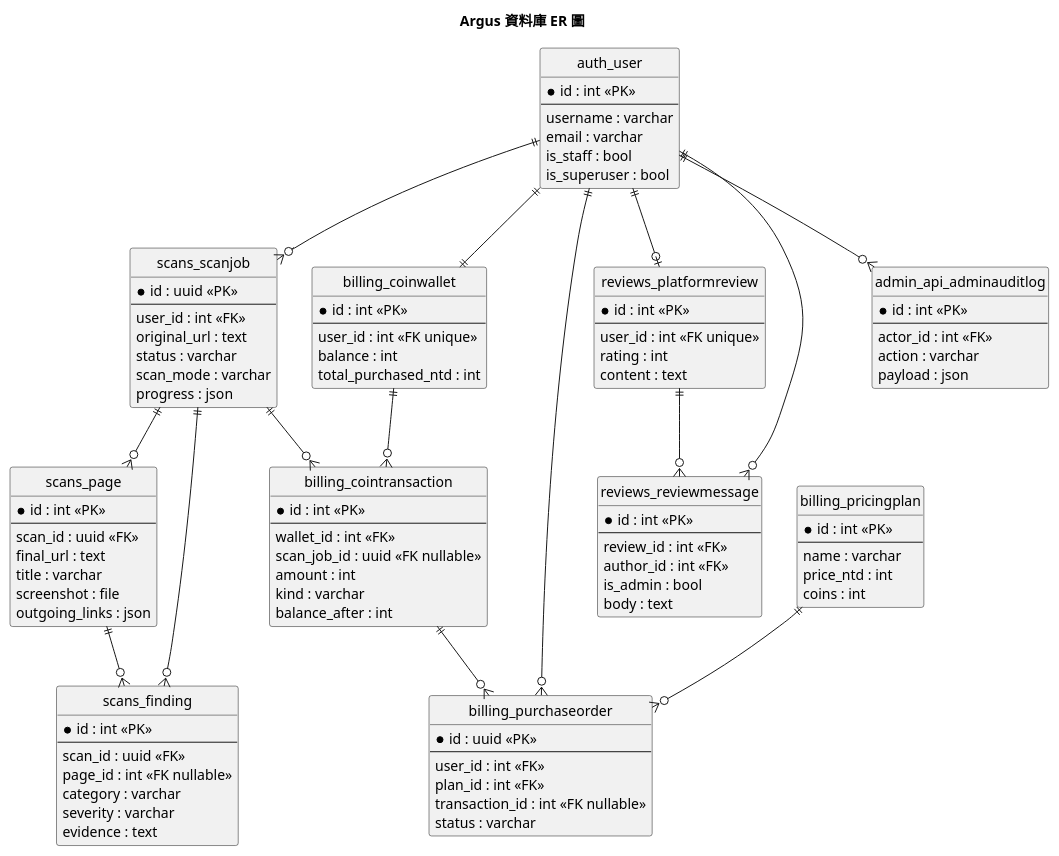
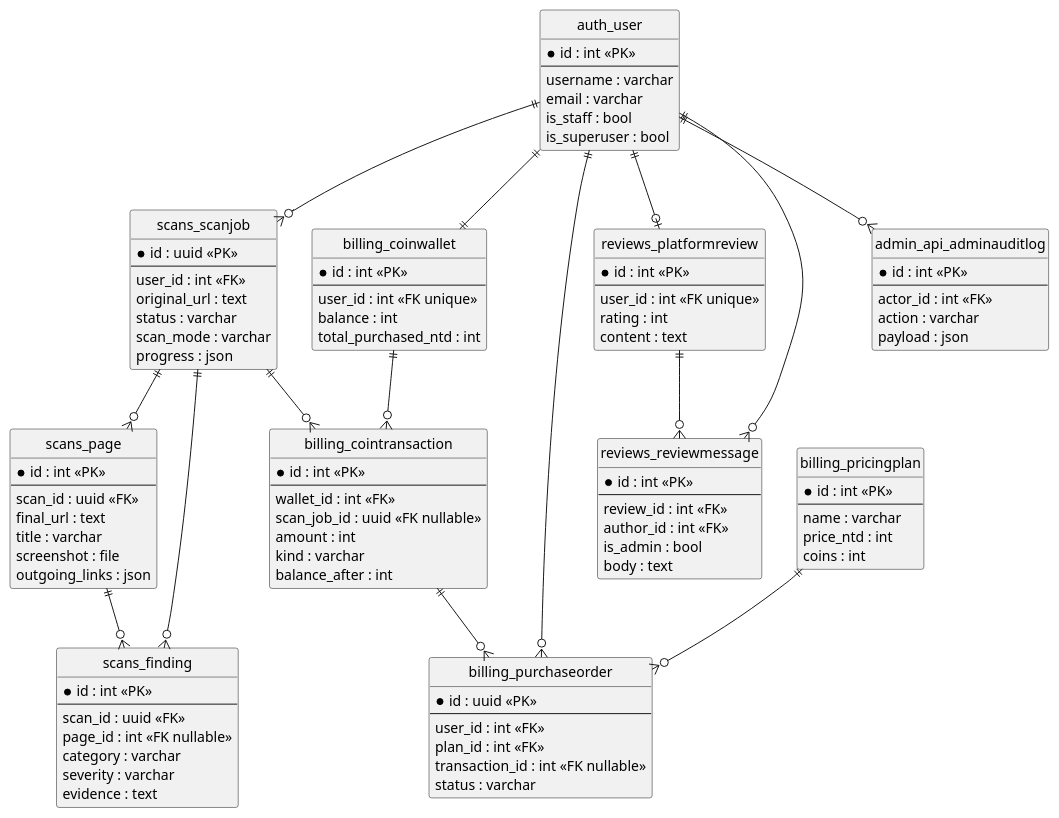
One commit to Djude1/Argus changed diagram 13 of 13 in PlantUML.md. Above: the diagram before and after it, drawn with PlantUML. The commit also changed other lines of this file, not shown here.

First line of the commit message:
fix: remove PlantUML title directives for compatibility

````diff
--- a/PlantUML.md
+++ b/PlantUML.md
@@ -839,6 +827,5 @@
 ```plantuml
 @startuml
-title Argus 資料庫 ER 圖
 skinparam defaultFontName Microsoft JhengHei
 skinparam shadowing false
 hide circle
````
